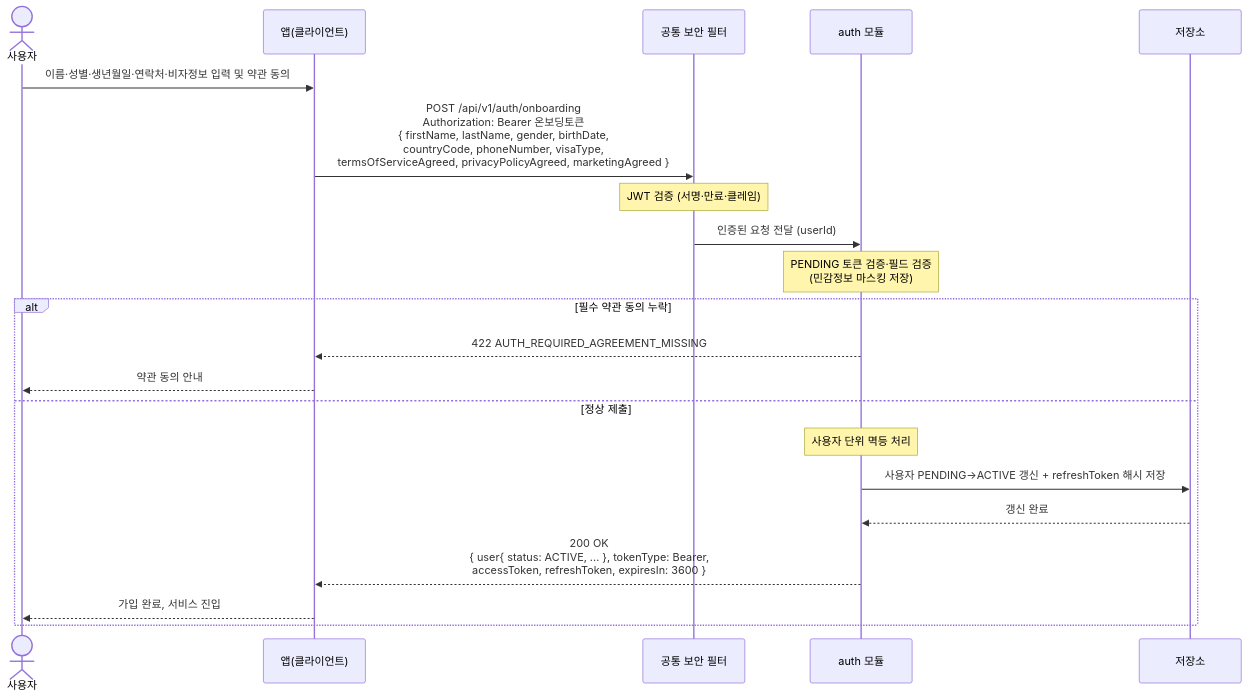
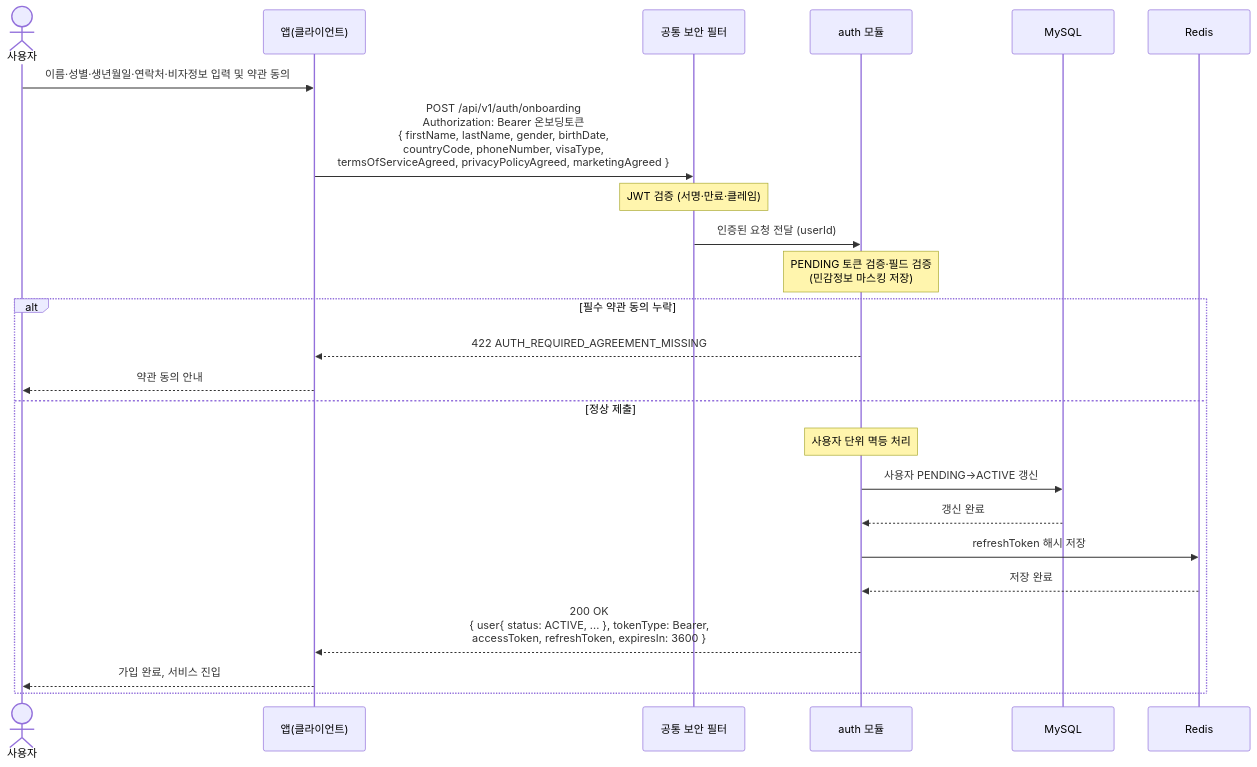
The diagram in docs/architecture/sequence-diagrams/01-auth-onboarding/us-1-2-onboarding-submit.md (jameskim9509/Kohere-backend), drawn with Mermaid before and after one commit. The commit also changed other lines of this file and 28 other files, not shown here.

First line of the commit message:
docs(architecture): 시퀀스 다이어그램에 폴리글랏 저장소 반영 (#24)

````diff
--- a/docs/architecture/sequence-diagrams/01-auth-onboarding/us-1-2-onboarding-submit.md
+++ b/docs/architecture/sequence-diagrams/01-auth-onboarding/us-1-2-onboarding-submit.md
@@ -5,24 +5,27 @@
 ```mermaid
 sequenceDiagram
     actor U as 사용자
     participant C as 앱(클라이언트)
     participant SEC as 공통 보안 필터
     participant AUTH as auth 모듈
-    participant DB as 저장소
+    participant SQL as MySQL
+    participant RDS as Redis
 
     U->>C: 이름·성별·생년월일·연락처·비자정보 입력 및 약관 동의
     C->>SEC: POST /api/v1/auth/onboarding<br/>Authorization: Bearer 온보딩토큰<br/>{ firstName, lastName, gender, birthDate,<br/>countryCode, phoneNumber, visaType,<br/>termsOfServiceAgreed, privacyPolicyAgreed, marketingAgreed }
     Note over SEC: JWT 검증 (서명·만료·클레임)
     SEC->>AUTH: 인증된 요청 전달 (userId)
     Note over AUTH: PENDING 토큰 검증·필드 검증<br/>(민감정보 마스킹 저장)
     alt 필수 약관 동의 누락
         AUTH-->>C: 422 AUTH_REQUIRED_AGREEMENT_MISSING
         C-->>U: 약관 동의 안내
     else 정상 제출
         Note over AUTH: 사용자 단위 멱등 처리
-        AUTH->>DB: 사용자 PENDING→ACTIVE 갱신 + refreshToken 해시 저장
-        DB-->>AUTH: 갱신 완료
+        AUTH->>SQL: 사용자 PENDING→ACTIVE 갱신
+        SQL-->>AUTH: 갱신 완료
+        AUTH->>RDS: refreshToken 해시 저장
+        RDS-->>AUTH: 저장 완료
         AUTH-->>C: 200 OK<br/>{ user{ status: ACTIVE, ... }, tokenType: Bearer,<br/>accessToken, refreshToken, expiresIn: 3600 }
         C-->>U: 가입 완료, 서비스 진입
     end
 ```
````
